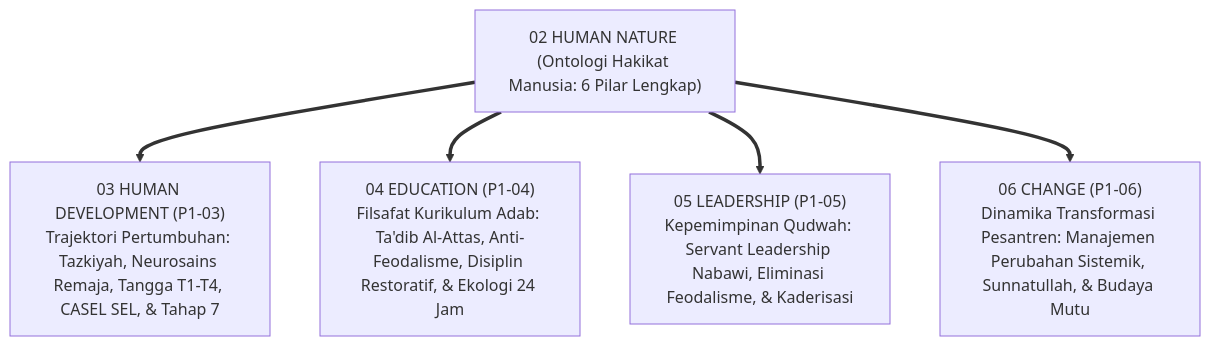
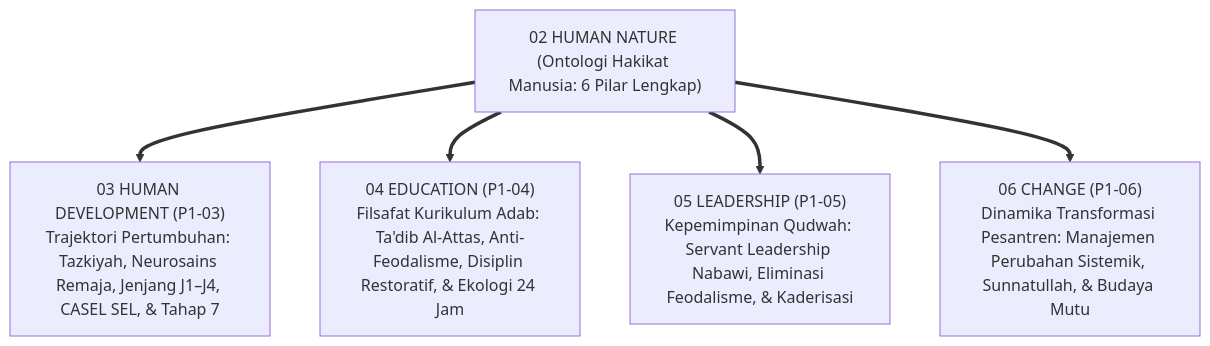
Before and after one commit to wandiapriliyandi/tumbuh: the fourth of 5 diagrams in 01 Philosophy/02 Human Nature/P1-02-07-Sintesis-Human-Nature.md, drawn with Mermaid. The commit also changed other lines of this file and 209 other files, not shown here.

````diff
--- a/01 Philosophy/02 Human Nature/P1-02-07-Sintesis-Human-Nature.md
+++ b/01 Philosophy/02 Human Nature/P1-02-07-Sintesis-Human-Nature.md
@@ -189,12 +189,12 @@
 ```mermaid
 graph TD
     HN["02 HUMAN NATURE (Ontologi Hakikat Manusia: 6 Pilar Lengkap)"]
     
-    HN ==> HD["03 HUMAN DEVELOPMENT (P1-03)<br/>Trajektori Pertumbuhan: Tazkiyah, Neurosains Remaja, Tangga T1-T4, CASEL SEL, & Tahap 7"]
+    HN ==> HD["03 HUMAN DEVELOPMENT (P1-03)<br/>Trajektori Pertumbuhan: Tazkiyah, Neurosains Remaja, Jenjang J1–J4, CASEL SEL, & Tahap 7"]
     
     HN ==> EDU["04 EDUCATION (P1-04)<br/>Filsafat Kurikulum Adab: Ta'dib Al-Attas, Anti-Feodalisme, Disiplin Restoratif, & Ekologi 24 Jam"]
     
     HN ==> LEAD["05 LEADERSHIP (P1-05)<br/>Kepemimpinan Qudwah: Servant Leadership Nabawi, Eliminasi Feodalisme, & Kaderisasi"]
     
     HN ==> CHG["06 CHANGE (P1-06)<br/>Dinamika Transformasi Pesantren: Manajemen Perubahan Sistemik, Sunnatullah, & Budaya Mutu"]
 ```
````
